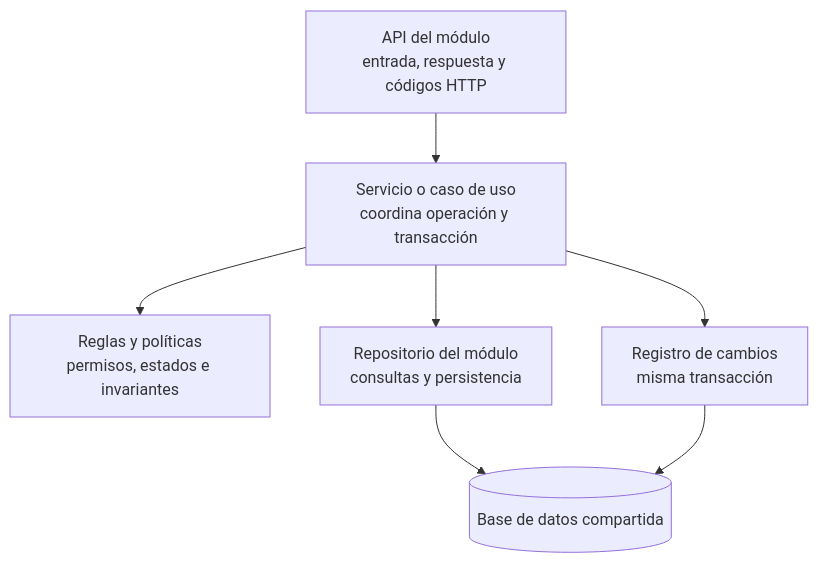
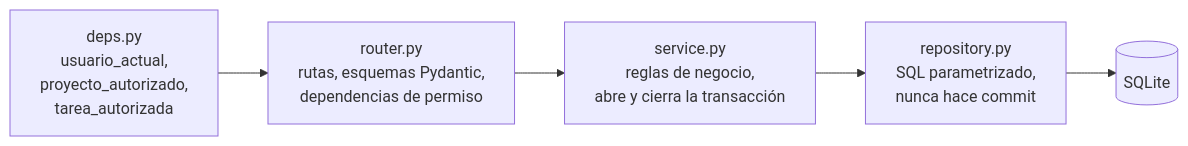
Before and after one commit to FabianReyna17/ProjectManagement: the fourth of 7 diagrams in docs/Arquitectura_Gestion_Proyectos.md, drawn with Mermaid. The commit also changed other lines of this file and 14 other files, not shown here.

````diff
--- a/docs/Arquitectura_Gestion_Proyectos.md
+++ b/docs/Arquitectura_Gestion_Proyectos.md
@@ -127,9 +125,7 @@
 ```mermaid
-flowchart TB
-    ruta["API del módulo<br/>entrada, respuesta y códigos HTTP"] --> servicio["Servicio o caso de uso<br/>coordina operación y transacción"]
-    servicio --> reglas["Reglas y políticas<br/>permisos, estados e invariantes"]
-    servicio --> repo["Repositorio del módulo<br/>consultas y persistencia"]
-    repo --> db[("Base de datos compartida")]
-    servicio --> auditoria["Registro de cambios<br/>misma transacción"]
-    auditoria --> db
+flowchart LR
+    router["router.py<br/>rutas, esquemas Pydantic,<br/>dependencias de permiso"] --> service["service.py<br/>reglas de negocio,<br/>abre y cierra la transacción"]
+    service --> repo["repository.py<br/>SQL parametrizado,<br/>nunca hace commit"]
+    deps["deps.py<br/>usuario_actual,<br/>proyecto_autorizado,<br/>tarea_autorizada"] --> router
+    repo --> bd[("SQLite")]
 ```
````
